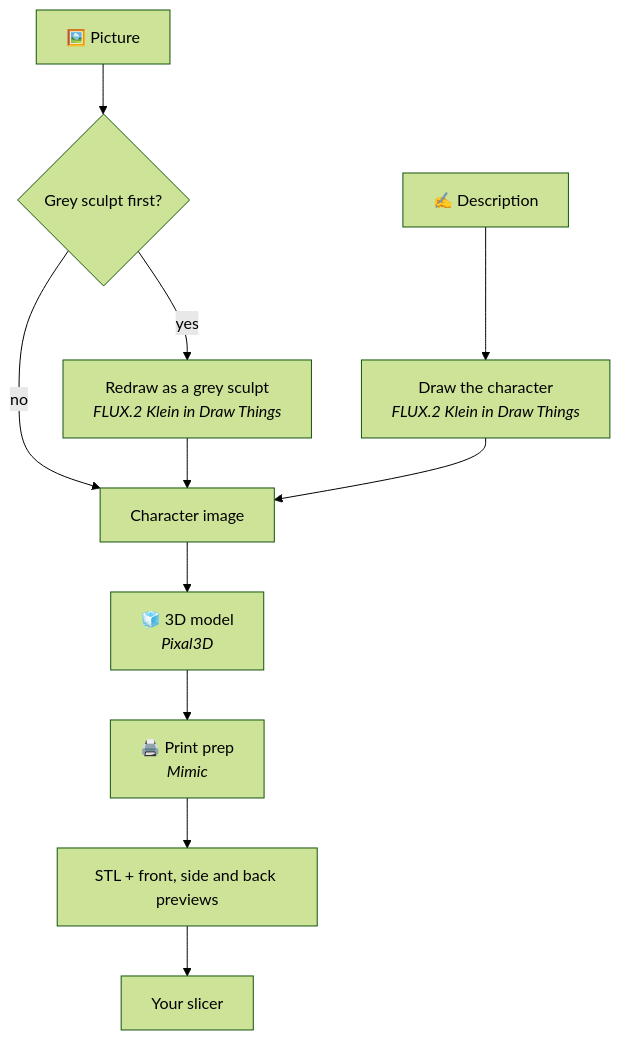
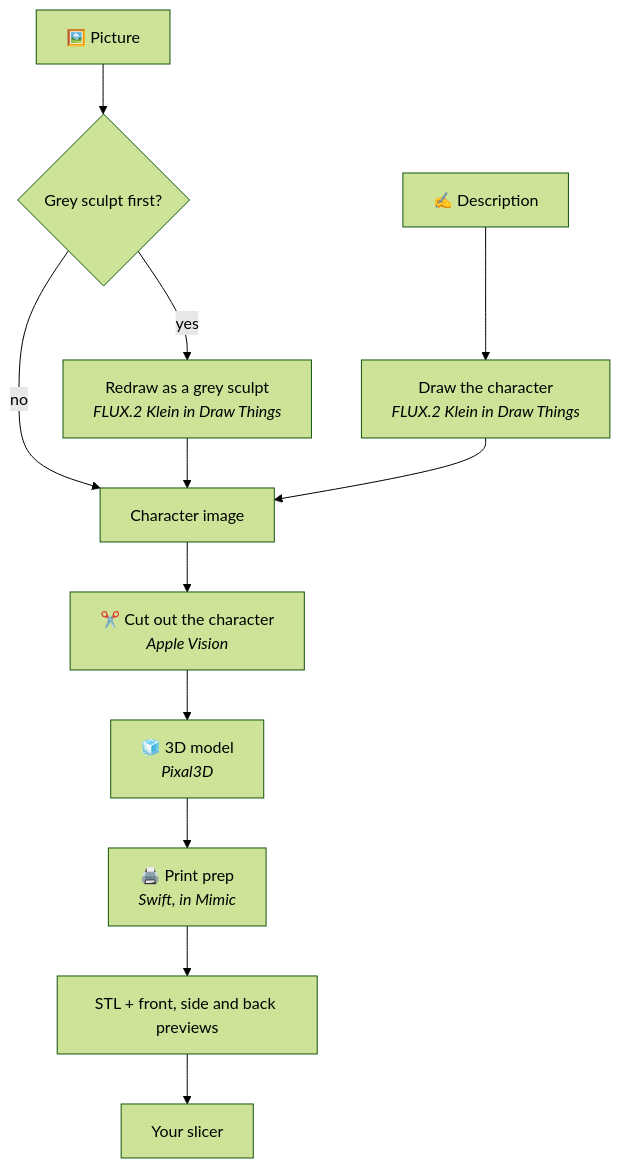
Before and after one commit to yonatankarp/mimic: the diagram in README.md, drawn with Mermaid (forest theme). The commit also changed other lines of this file and 2 other files, not shown here.

````diff
--- a/README.md
+++ b/README.md
@@ -109,13 +64,14 @@
 ```mermaid
 flowchart TD
   pic["🖼️ Picture"] --> choice{"Grey sculpt first?"}
   text["✍️ Description"] --> draw["Draw the character<br/><i>FLUX.2 Klein in Draw Things</i>"]
   choice -- yes --> redraw["Redraw as a grey sculpt<br/><i>FLUX.2 Klein in Draw Things</i>"]
   choice -- no --> image
   redraw --> image["Character image"]
   draw --> image
-  image --> mesh["🧊 3D model<br/><i>Pixal3D</i>"]
-  mesh --> prep["🖨️ Print prep<br/><i>Mimic</i>"]
+  image --> cut["✂️ Cut out the character<br/><i>Apple Vision</i>"]
+  cut --> mesh["🧊 3D model<br/><i>Pixal3D</i>"]
+  mesh --> prep["🖨️ Print prep<br/><i>Swift, in Mimic</i>"]
   prep --> out["STL + front, side and back previews"]
   out --> slicer["Your slicer"]
 ```
````
